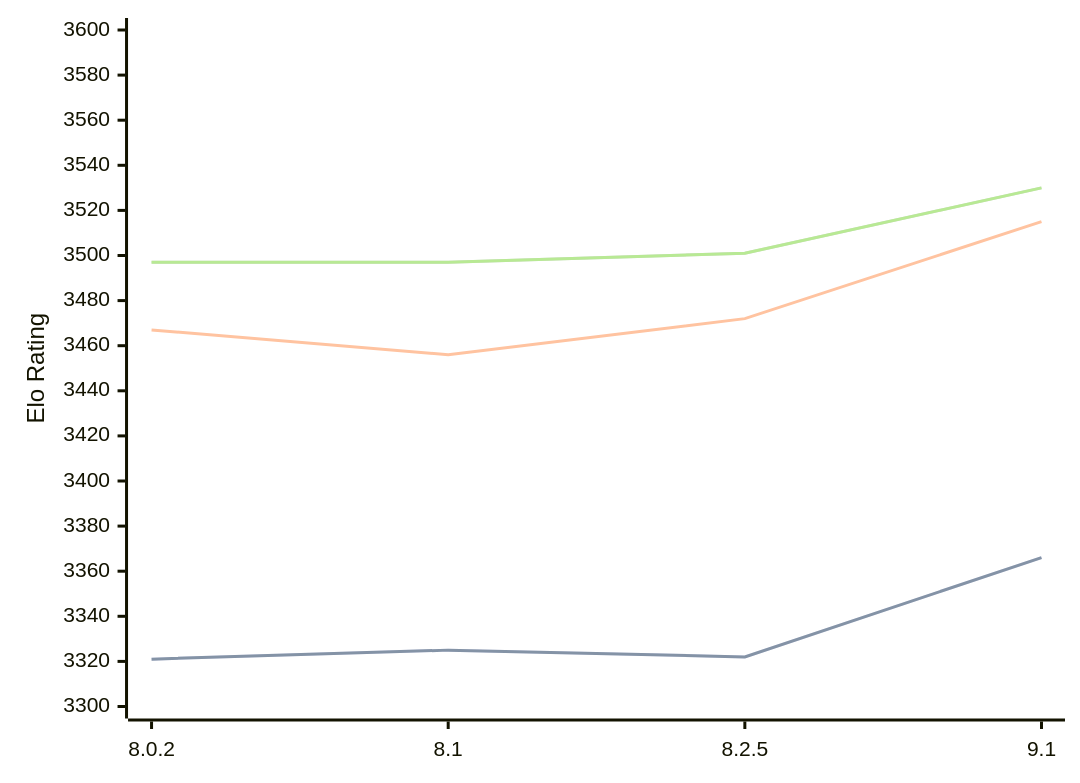
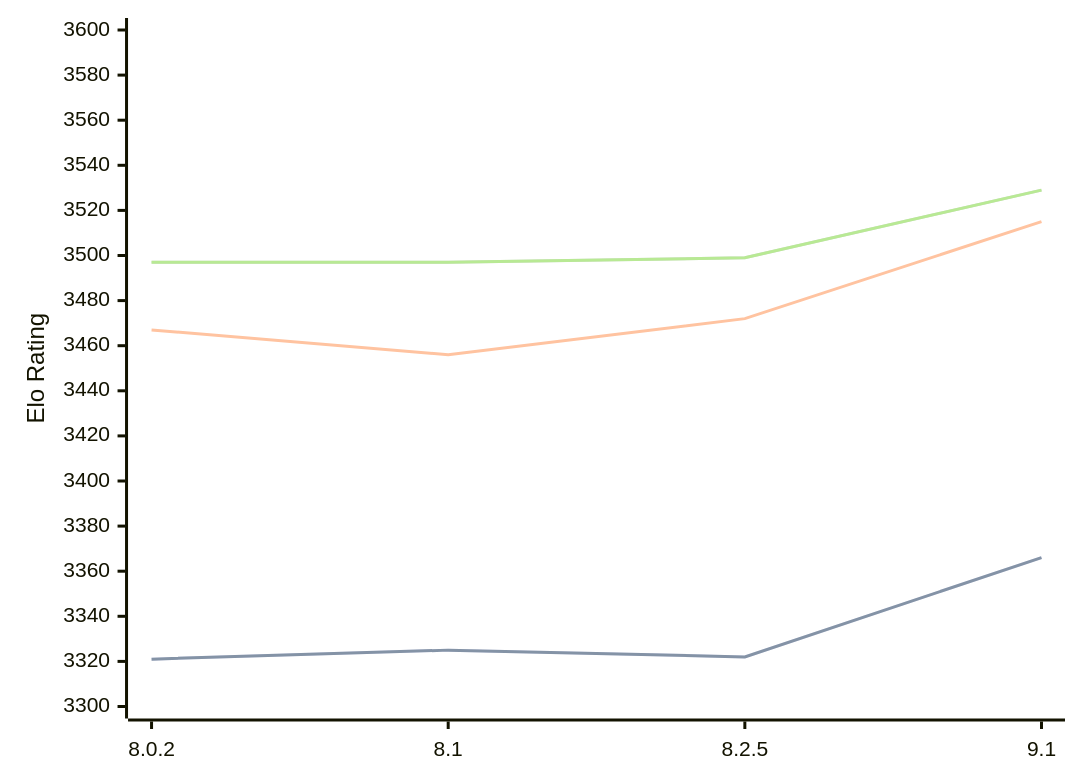
The diagram in engines/Clover.md (computer-chess-index/cci), drawn with Mermaid before and after one commit. The commit also changed other lines of this file, not shown here.

Commit message:
Update CCI Ratings (ELO VLTC) - 2026-06-09

````diff
--- a/engines/Clover.md
+++ b/engines/Clover.md
@@ -64,11 +64,11 @@
 ```mermaid
 %%{init: {"theme":"base","themeVariables":{"seriesColors:['#a3a3a3','#222221','#faa371']}}}%%
 xychart-beta
   x-axis ["8.0.2", "8.1", "8.2.5", "9.1"]
   y-axis "Elo Rating" 3300 --> 3600
   line "STC (8.0+0.08s)" [3321, 3325, 3322, 3366]
   line "STC (8.0+0.08s)" [3321, 3325, 3322, 3366]
   line "LTC (60.0+0.60s)" [3467, 3456, 3472, 3515]
-  line "VLTC (2m24s+1.12s)" [3497, 3497, 3501, 3530]
-  line "VLTC (2m24s+1.12s)" [3497, 3497, 3501, 3530]
+  line "VLTC (2m24s+1.12s)" [3497, 3497, 3499, 3529]
+  line "VLTC (2m24s+1.12s)" [3497, 3497, 3499, 3529]
 ```
````
